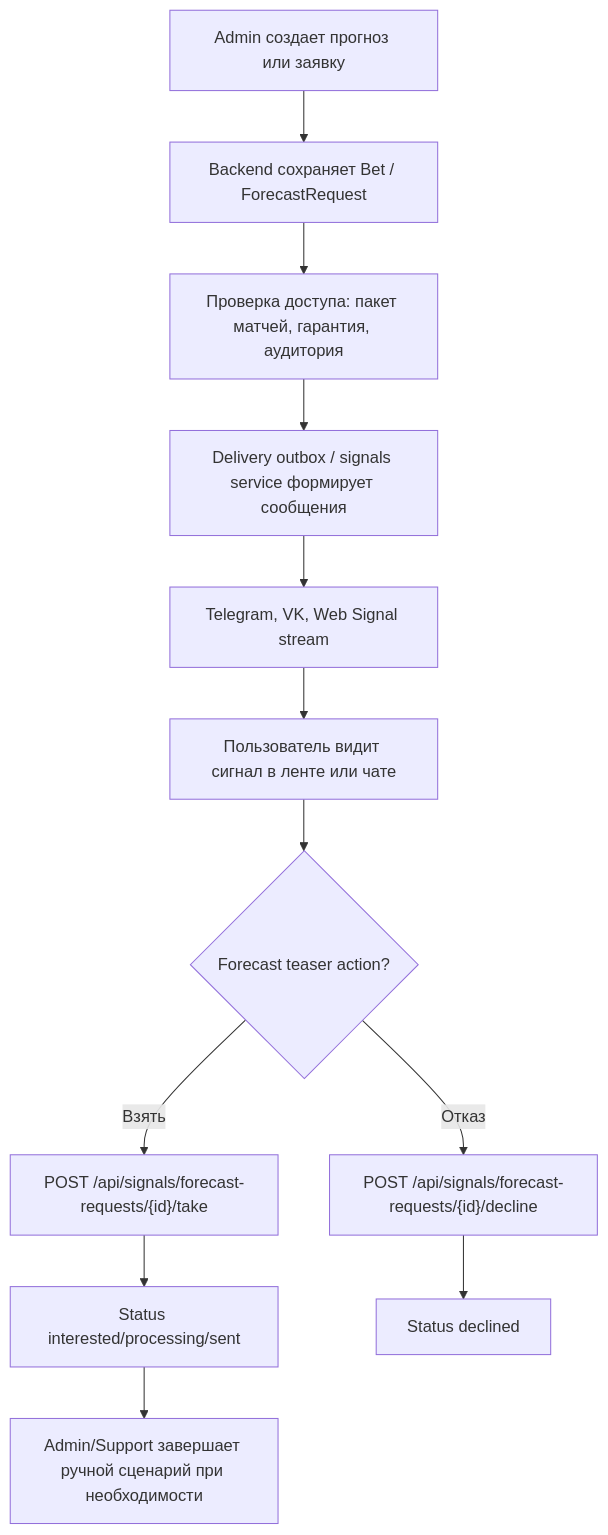
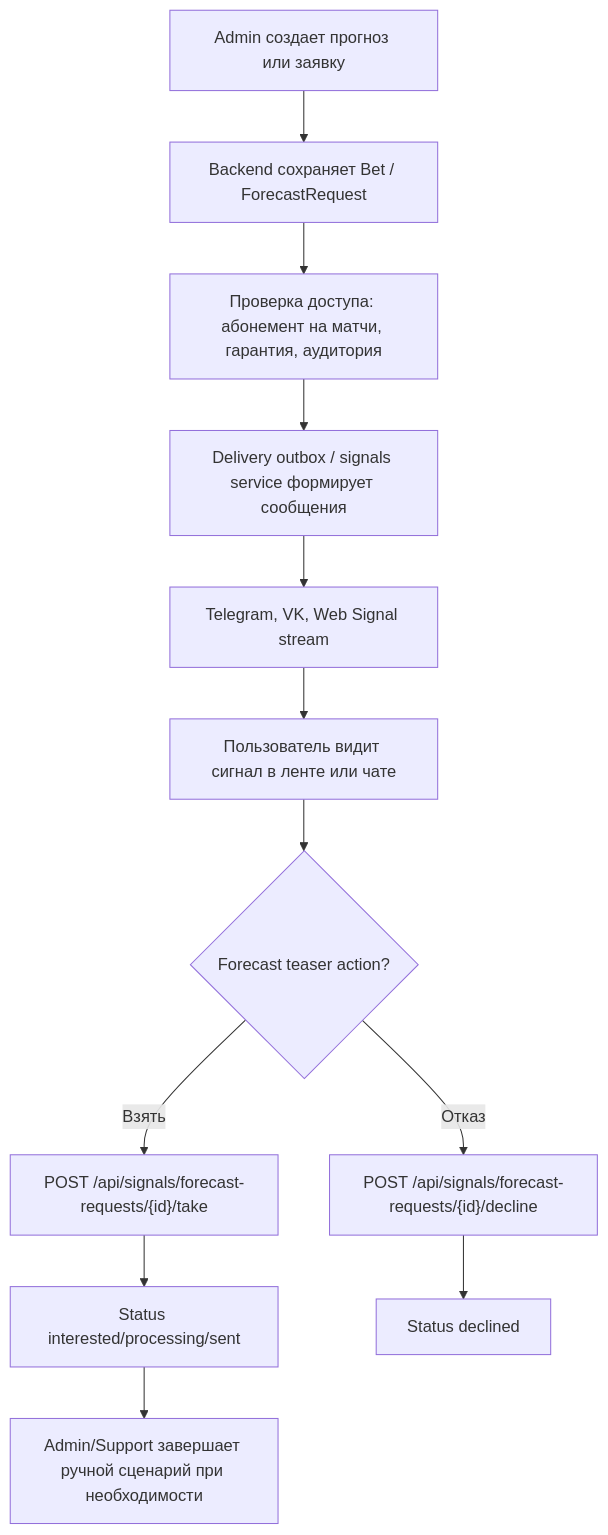
One commit to inftverezovsky/Mini-Web-Shamrai- changed the fourth of 6 diagrams in docs/process-flows.md. Above: the diagram before and after it, drawn with Mermaid. The commit also changed other lines of this file and 66 other files, not shown here.

````diff
--- a/docs/process-flows.md
+++ b/docs/process-flows.md
@@ -68,14 +68,14 @@
 ```mermaid
 flowchart TD
   A["Admin создает прогноз или заявку"] --> B["Backend сохраняет Bet / ForecastRequest"]
-  B --> C["Проверка доступа: пакет матчей, гарантия, аудитория"]
+  B --> C["Проверка доступа: абонемент на матчи, гарантия, аудитория"]
   C --> D["Delivery outbox / signals service формирует сообщения"]
   D --> E["Telegram, VK, Web Signal stream"]
   E --> F["Пользователь видит сигнал в ленте или чате"]
   F --> G{"Forecast teaser action?"}
   G -- "Взять" --> H["POST /api/signals/forecast-requests/{id}/take"]
   G -- "Отказ" --> I["POST /api/signals/forecast-requests/{id}/decline"]
   H --> J["Status interested/processing/sent"]
   I --> K["Status declined"]
   J --> L["Admin/Support завершает ручной сценарий при необходимости"]
 ```
````
